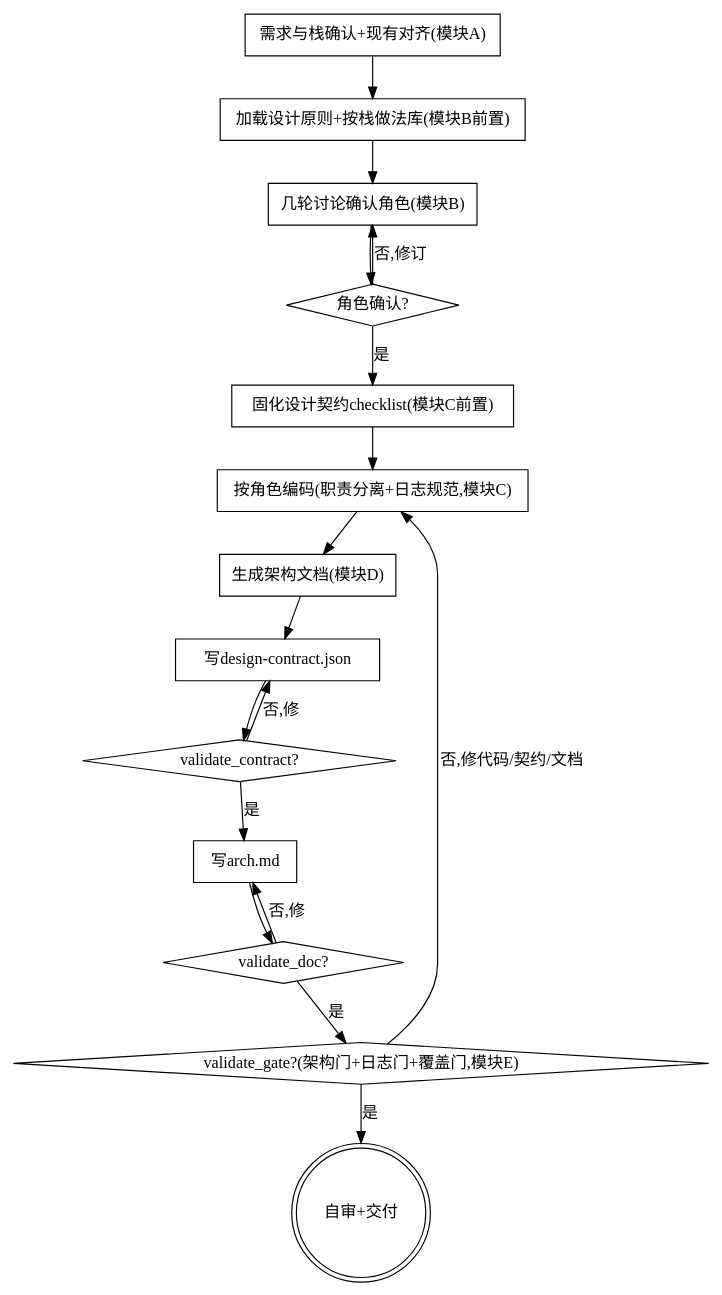
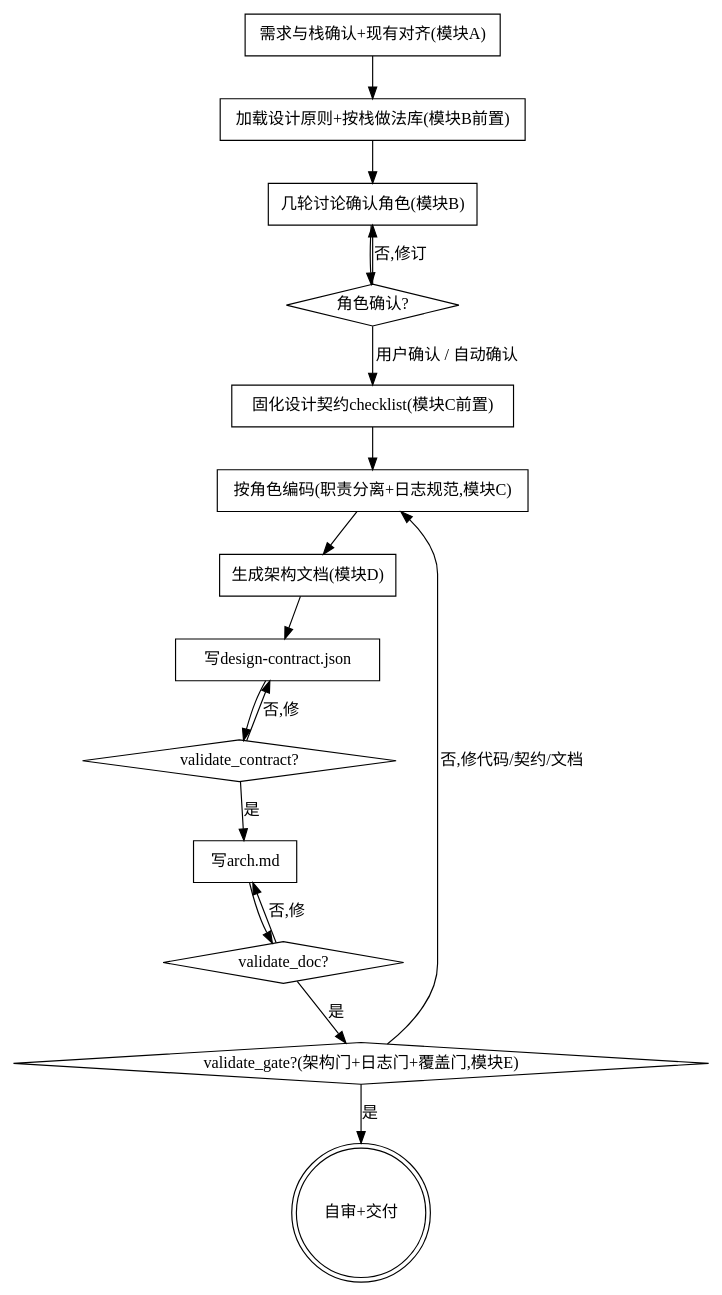
Before and after one commit to ironbob/DesignSKills: the diagram in skills/arch-first-code-gen/SKILL.md, drawn with Graphviz. The commit also changed other lines of this file and 2 other files, not shown here.

````diff
--- a/skills/arch-first-code-gen/SKILL.md
+++ b/skills/arch-first-code-gen/SKILL.md
@@ -84,35 +94,35 @@
 ```dot
 digraph archfirst {
   rankdir=TB;
   "需求与栈确认+现有对齐(模块A)" [shape=box];
   "加载设计原则+按栈做法库(模块B前置)" [shape=box];
   "几轮讨论确认角色(模块B)" [shape=box];
   "角色确认?" [shape=diamond];
   "固化设计契约checklist(模块C前置)" [shape=box];
   "按角色编码(职责分离+日志规范,模块C)" [shape=box];
   "生成架构文档(模块D)" [shape=box];
   "写design-contract.json" [shape=box];
   "validate_contract?" [shape=diamond];
   "写arch.md" [shape=box];
   "validate_doc?" [shape=diamond];
   "validate_gate?(架构门+日志门+覆盖门,模块E)" [shape=diamond];
   "自审+交付" [shape=doublecircle];
 
   "需求与栈确认+现有对齐(模块A)" -> "加载设计原则+按栈做法库(模块B前置)";
   "加载设计原则+按栈做法库(模块B前置)" -> "几轮讨论确认角色(模块B)";
   "几轮讨论确认角色(模块B)" -> "角色确认?";
   "角色确认?" -> "几轮讨论确认角色(模块B)" [label="否,修订"];
-  "角色确认?" -> "固化设计契约checklist(模块C前置)" [label="是"];
+  "角色确认?" -> "固化设计契约checklist(模块C前置)" [label="用户确认 / 自动确认"];
   "固化设计契约checklist(模块C前置)" -> "按角色编码(职责分离+日志规范,模块C)";
   "按角色编码(职责分离+日志规范,模块C)" -> "生成架构文档(模块D)";
   "生成架构文档(模块D)" -> "写design-contract.json";
   "写design-contract.json" -> "validate_contract?";
   "validate_contract?" -> "写design-contract.json" [label="否,修"];
   "validate_contract?" -> "写arch.md" [label="是"];
   "写arch.md" -> "validate_doc?";
   "validate_doc?" -> "写arch.md" [label="否,修"];
   "validate_doc?" -> "validate_gate?(架构门+日志门+覆盖门,模块E)" [label="是"];
   "validate_gate?(架构门+日志门+覆盖门,模块E)" -> "按角色编码(职责分离+日志规范,模块C)" [label="否,修代码/契约/文档"];
   "validate_gate?(架构门+日志门+覆盖门,模块E)" -> "自审+交付" [label="是"];
 }
 ```
````
